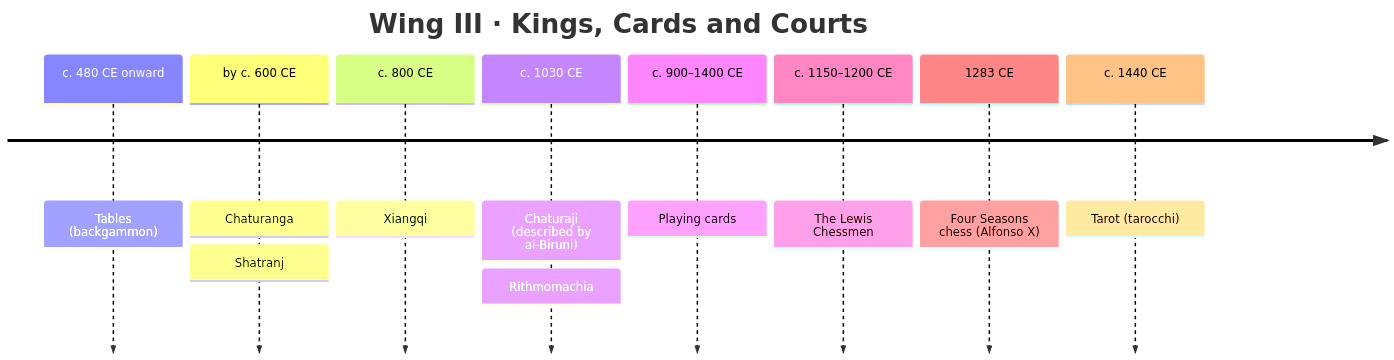
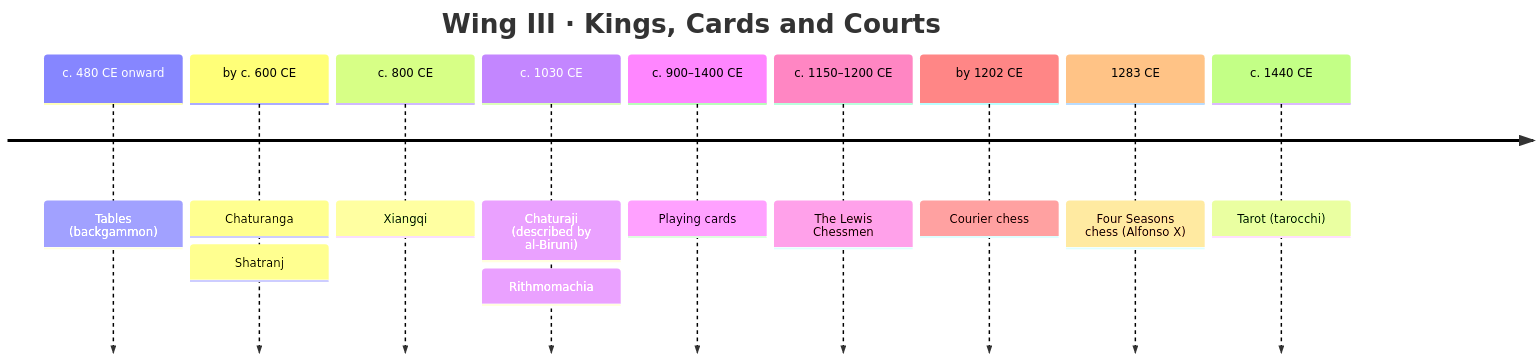
Before and after one commit to CptNope/Librarium-Archives: the fifth of 8 diagrams in docs/exhibits.md, drawn with Mermaid. The commit also changed other lines of this file and 11 other files, not shown here.

````diff
--- a/docs/exhibits.md
+++ b/docs/exhibits.md
@@ -99,12 +100,13 @@
 ```mermaid
 timeline
     title Wing III · Kings, Cards and Courts
     c. 480 CE onward : Tables (backgammon)
     by c. 600 CE : Chaturanga : Shatranj
     c. 800 CE : Xiangqi
     c. 1030 CE : Chaturaji (described by al-Biruni) : Rithmomachia
     c. 900–1400 CE : Playing cards
     c. 1150–1200 CE : The Lewis Chessmen
+    by 1202 CE : Courier chess
     1283 CE : Four Seasons chess (Alfonso X)
     c. 1440 CE : Tarot (tarocchi)
 ```
````
